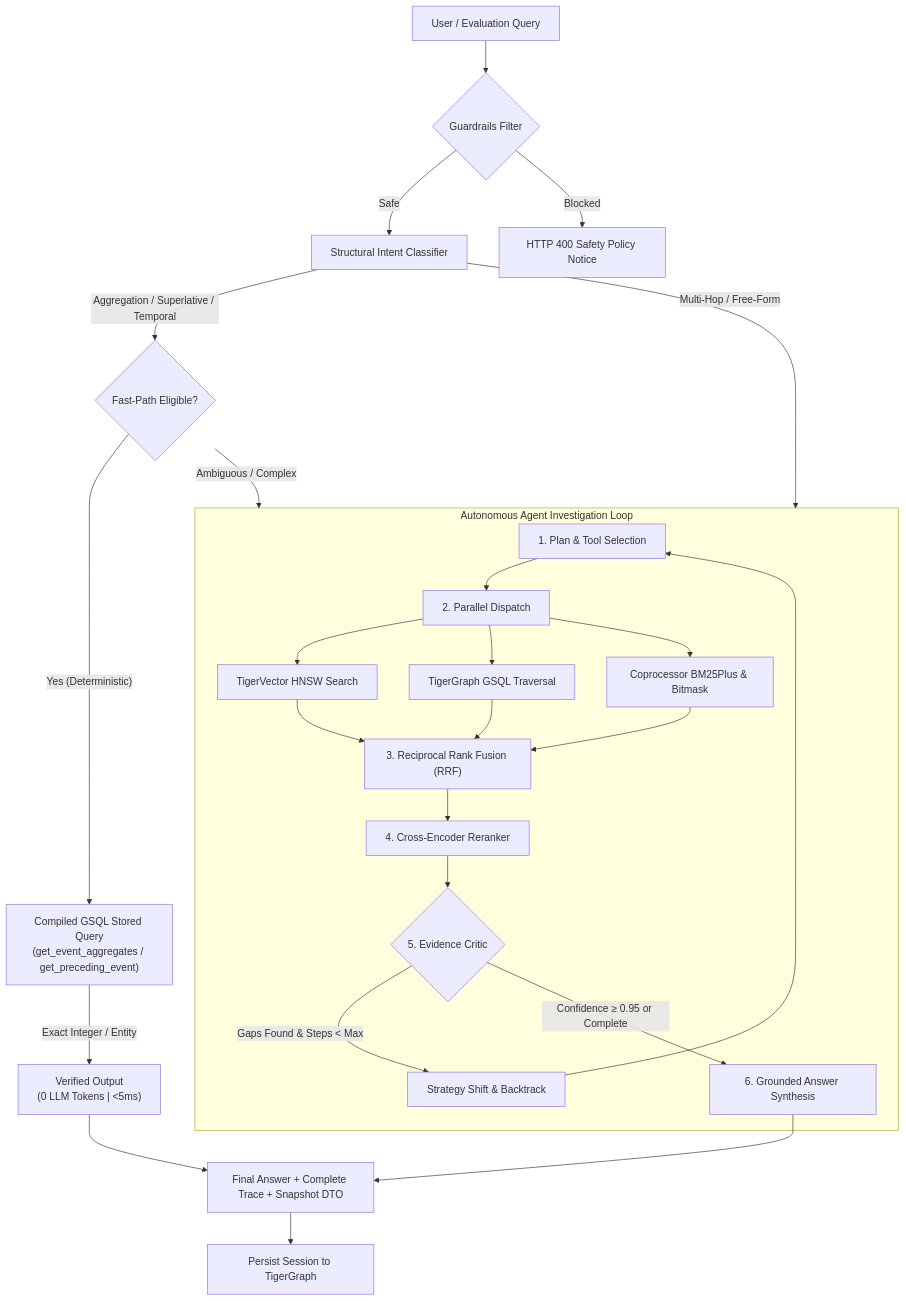
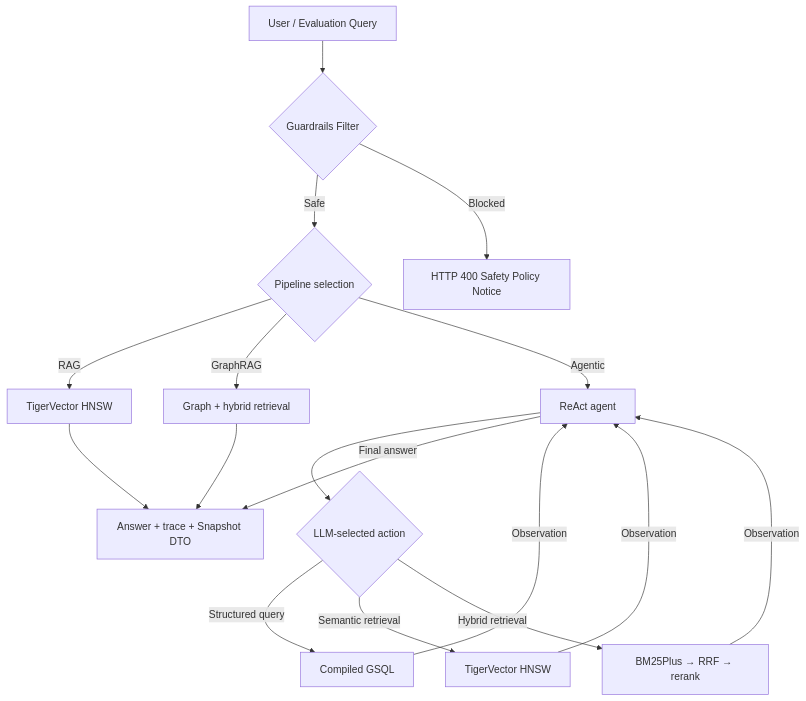
Before and after one commit to simon-derock/stellium: the diagram in README.md, drawn with Mermaid. The commit also changed other lines of this file and 10 other files, not shown here.

Commit message:
feat(agent): harden react parser and document verified system profile [committed by master-agent-001]

````diff
--- a/README.md
+++ b/README.md
@@ -89,35 +89,19 @@
 ```mermaid
 flowchart TD
     UserQuery["User / Evaluation Query"] --> Layer0{"Guardrails Filter"}
-    Layer0 -->|"Safe"| IntentClassifier["Structural Intent Classifier"]
+    Layer0 -->|"Safe"| Pipeline{"Pipeline selection"}
     Layer0 -->|"Blocked"| SecurityBlock["HTTP 400 Safety Policy Notice"]
-
-    IntentClassifier -->|"Aggregation / Superlative / Temporal"| FastPath{"Fast-Path Eligible?"}
-    
-    FastPath -->|"Yes (Deterministic)"| GSQLQuery["Compiled GSQL Stored Query<br/>(get_event_aggregates / get_preceding_event)"]
-    GSQLQuery -->|"Exact Integer / Entity"| VerifiedAnswer["Verified Output<br/>(0 LLM Tokens | <5ms)"]
-    
-    FastPath -->|"Ambiguous / Complex"| AgentLoop["LangGraph StateGraph Engine"]
-    IntentClassifier -->|"Multi-Hop / Free-Form"| AgentLoop
-    
-    subgraph AgentLoop ["Autonomous Agent Investigation Loop"]
-        Plan["1. Plan & Tool Selection"] --> Dispatch["2. Parallel Dispatch"]
-        Dispatch --> TG_Dense["TigerVector HNSW Search"]
-        Dispatch --> TG_Graph["TigerGraph GSQL Traversal"]
-        Dispatch --> Local_BM25["Coprocessor BM25Plus & Bitmask"]
-        
-        TG_Dense --> Fuse["3. Reciprocal Rank Fusion (RRF)"]
-        TG_Graph --> Fuse
-        Local_BM25 --> Fuse
-        
-        Fuse --> Rerank["4. Cross-Encoder Reranker"]
-        Rerank --> Critic{"5. Evidence Critic"}
-        Critic -->|"Gaps Found & Steps < Max"| Backtrack["Strategy Shift & Backtrack"]
-        Backtrack --> Plan
-        Critic -->|"Confidence ≥ 0.95 or Complete"| Synthesize["6. Grounded Answer Synthesis"]
-    end
-
-    Synthesize --> Output["Final Answer + Complete Trace + Snapshot DTO"]
-    VerifiedAnswer --> Output
-    Output --> TigerMem["Persist Session to TigerGraph"]
+    Pipeline -->|"RAG"| RAG["TigerVector HNSW"]
+    Pipeline -->|"GraphRAG"| GraphRAG["Graph + hybrid retrieval"]
+    Pipeline -->|"Agentic"| Agent["ReAct agent"]
+    Agent --> Action{"LLM-selected action"}
+    Action -->|"Structured query"| GSQL["Compiled GSQL"]
+    Action -->|"Semantic retrieval"| Dense["TigerVector HNSW"]
+    Action -->|"Hybrid retrieval"| Sparse["BM25Plus → RRF → rerank"]
+    GSQL -->|"Observation"| Agent
+    Dense -->|"Observation"| Agent
+    Sparse -->|"Observation"| Agent
+    Agent -->|"Final answer"| Output["Answer + trace + Snapshot DTO"]
+    RAG --> Output
+    GraphRAG --> Output
 ```
````
